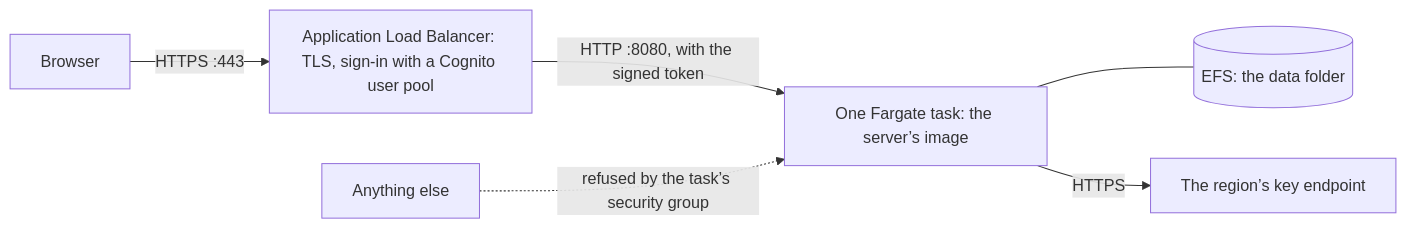
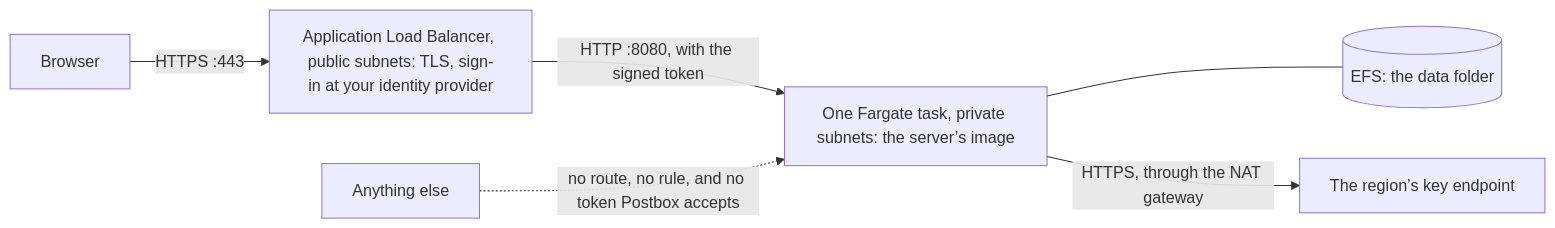
One commit to HJeon139/postbox changed the diagram in infra/README.md. Above: the diagram before and after it, drawn with Mermaid. The commit also changed other lines of this file and 1 other file, not shown here.

````diff
--- a/infra/README.md
+++ b/infra/README.md
@@ -7,8 +7,8 @@
 ```mermaid
 flowchart LR
-  B[Browser] -->|"HTTPS :443"| LB["Application Load Balancer: TLS, sign-in with a Cognito user pool"]
-  LB -->|"HTTP :8080, with the signed token"| T["One Fargate task: the server’s image"]
+  B[Browser] -->|"HTTPS :443"| LB["Application Load Balancer, public subnets: TLS, sign-in at your identity provider"]
+  LB -->|"HTTP :8080, with the signed token"| T["One Fargate task, private subnets: the server’s image"]
   T --- D[("EFS: the data folder")]
-  T -->|HTTPS| K["The region’s key endpoint"]
-  X[Anything else] -. "refused by the task’s security group" .-> T
+  T -->|"HTTPS, through the NAT gateway"| K["The region’s key endpoint"]
+  X[Anything else] -. "no route, no rule, and no token Postbox accepts" .-> T
 ```
````
